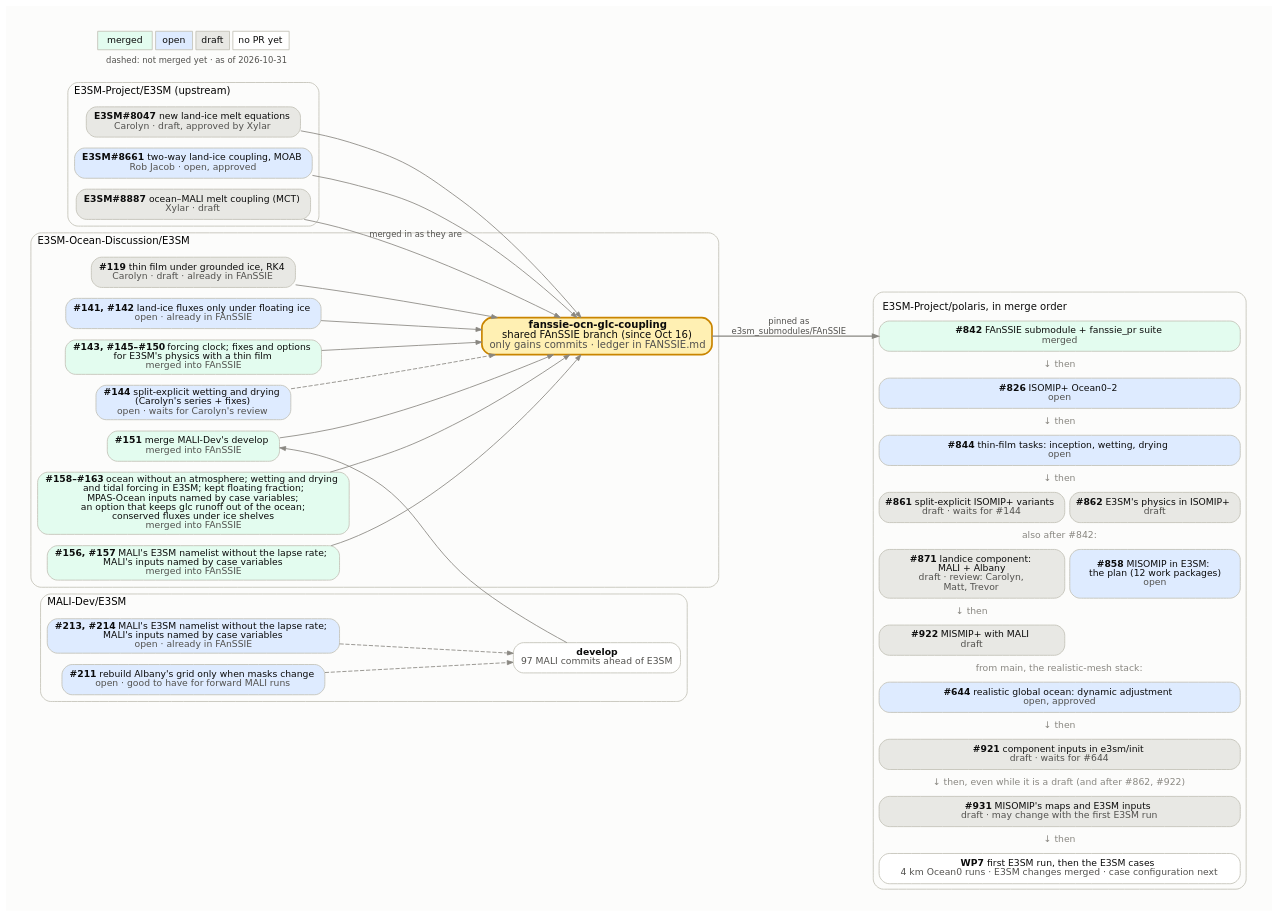
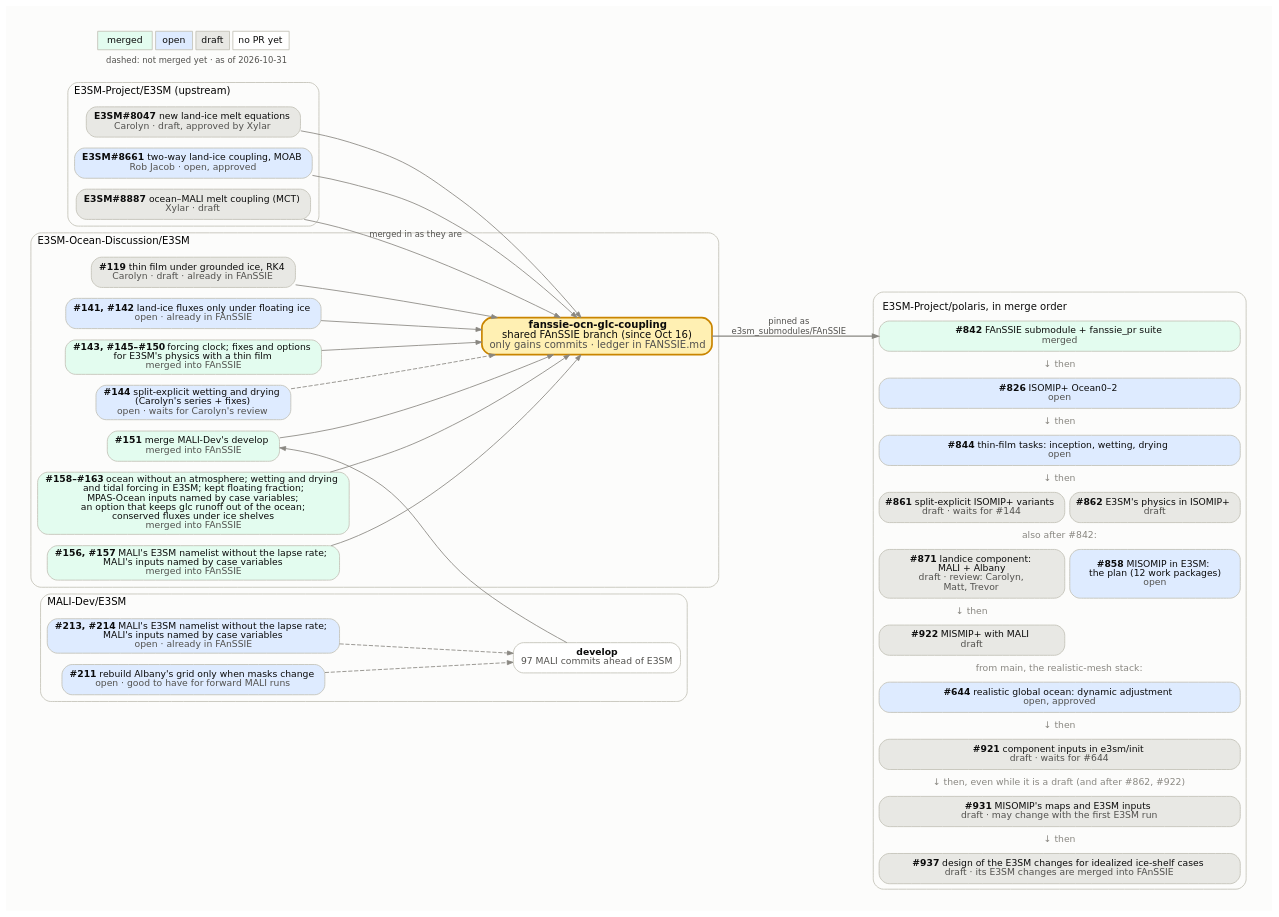
The diagram in docs/design_docs/misomip/code_flow.dot (E3SM-Project/polaris), drawn with Graphviz before and after one commit. The commit also changed 3 other files, not shown here.

Commit message:
Show the E3SM cases design pull request in the MISOMIP figures

```diff
--- a/docs/design_docs/misomip/code_flow.dot
+++ b/docs/design_docs/misomip/code_flow.dot
@@ -1,103 +1,103 @@
 // How the upstream E3SM PRs, the E3SM-Ocean-Discussion PRs, the
 // fanssie-ocn-glc-coupling branch and the Polaris PRs fit together.
 //
 // Regenerate with Graphviz 14 (Chrysalis's /usr/bin/dot 2.40 lays it out
 // wider), with the text drawn as paths so it looks the same everywhere:
 //
 //     pixi exec -s graphviz dot -Tsvg:cairo code_flow.dot -o code_flow.svg
 //
 // Fill by state: merged #e3fcef, open #deebff, draft #e8e8e4, no PR yet
 // #ffffff. Dashed edges into the FAnSSIE branch mark PRs not merged into it
 // yet. The Polaris side is one HTML-table node, in merge order, because
 // Graphviz would not keep separate boxes in that order. Update the date in
 // the legend.
 digraph fanssie {
   rankdir=LR;
   bgcolor="#fcfcfb";
   pad=0.3;
   nodesep=0.18;
   ranksep=0.7;
   fontname="DejaVu Sans";
   node [shape=box, style="rounded,filled", fontname="DejaVu Sans",
         fontsize=11, color="#c3c2b7", fontcolor="#0b0b0b", penwidth=1,
         margin="0.12,0.06"];
   edge [color="#898781", arrowsize=0.7, fontname="DejaVu Sans",
         fontsize=10, fontcolor="#52514e"];
 
   subgraph cluster_upstream {
     label="E3SM-Project/E3SM (upstream)";
     labeljust=l; fontsize=12; color="#c3c2b7"; style="rounded";
     e8047 [label=<<b>E3SM#8047</b>  new land-ice melt equations<br/><font color="#52514e">Carolyn · draft, approved by Xylar</font>>, fillcolor="#e8e8e4"];
     e8661 [label=<<b>E3SM#8661</b>  two-way land-ice coupling, MOAB<br/><font color="#52514e">Rob Jacob · open, approved</font>>, fillcolor="#deebff"];
     e8887 [label=<<b>E3SM#8887</b>  ocean–MALI melt coupling (MCT)<br/><font color="#52514e">Xylar · draft</font>>, fillcolor="#e8e8e4"];
   }
 
   subgraph cluster_malidev {
     label="MALI-Dev/E3SM";
     labeljust=l; fontsize=12; color="#c3c2b7"; style="rounded";
     malidev [label=<<b>develop</b><br/><font color="#52514e">97 MALI commits ahead of E3SM</font>>, fillcolor="#ffffff"];
     m213 [label=<<b>#213, #214</b>  MALI's E3SM namelist without the lapse rate;<br/>MALI's inputs named by case variables<br/><font color="#52514e">open · already in FAnSSIE</font>>, fillcolor="#deebff"];
     m211 [label=<<b>#211</b>  rebuild Albany's grid only when masks change<br/><font color="#52514e">open · good to have for forward MALI runs</font>>, fillcolor="#deebff"];
   }
 
   subgraph cluster_eod {
     label="E3SM-Ocean-Discussion/E3SM";
     labeljust=l; fontsize=12; color="#c3c2b7"; style="rounded";
     d119 [label=<<b>#119</b>  thin film under grounded ice, RK4<br/><font color="#52514e">Carolyn · draft · already in FAnSSIE</font>>, fillcolor="#e8e8e4"];
     d141 [label=<<b>#141, #142</b>  land-ice fluxes only under floating ice<br/><font color="#52514e">open · already in FAnSSIE</font>>, fillcolor="#deebff"];
     d143 [label=<<b>#143, #145–#150</b>  forcing clock; fixes and options<br/>for E3SM's physics with a thin film<br/><font color="#52514e">merged into FAnSSIE</font>>, fillcolor="#e3fcef"];
     d144 [label=<<b>#144</b>  split-explicit wetting and drying<br/>(Carolyn's series + fixes)<br/><font color="#52514e">open · waits for Carolyn's review</font>>, fillcolor="#deebff"];
     d151 [label=<<b>#151</b>  merge MALI-Dev's develop<br/><font color="#52514e">merged into FAnSSIE</font>>, fillcolor="#e3fcef"];
     d158 [label=<<b>#158–#163</b>  ocean without an atmosphere; wetting and drying<br/>and tidal forcing in E3SM; kept floating fraction;<br/>MPAS-Ocean inputs named by case variables;<br/>an option that keeps glc runoff out of the ocean;<br/>conserved fluxes under ice shelves<br/><font color="#52514e">merged into FAnSSIE</font>>, fillcolor="#e3fcef"];
     d156 [label=<<b>#156, #157</b>  MALI's E3SM namelist without the lapse rate;<br/>MALI's inputs named by case variables<br/><font color="#52514e">merged into FAnSSIE</font>>, fillcolor="#e3fcef"];
     fanssie [label=<<b>fanssie-ocn-glc-coupling</b><br/>shared FAnSSIE branch (since Oct 16)<br/><font color="#52514e">only gains commits · ledger in FANSSIE.md</font>>,
              fillcolor="#fff0b3", penwidth=2, color="#c98500", fontsize=12];
   }
 
   polaris [shape=plaintext, style="", label=<
     <table border="1" color="#c3c2b7" style="rounded" cellborder="1" cellspacing="6" cellpadding="4" bgcolor="#fcfcfb">
       <tr><td border="0" colspan="2" align="left"><font point-size="12">E3SM-Project/polaris, in merge order</font></td></tr>
       <tr><td port="p842" bgcolor="#e3fcef" colspan="2" style="rounded" cellpadding="6"><b>#842</b>  FAnSSIE submodule + fanssie_pr suite<br/><font color="#52514e">merged</font></td></tr>
       <tr><td border="0" colspan="2"><font color="#898781">↓ then</font></td></tr>
       <tr><td port="p826" bgcolor="#deebff" colspan="2" style="rounded" cellpadding="6"><b>#826</b>  ISOMIP+ Ocean0–2<br/><font color="#52514e">open</font></td></tr>
       <tr><td border="0" colspan="2"><font color="#898781">↓ then</font></td></tr>
       <tr><td port="p844" bgcolor="#deebff" colspan="2" style="rounded" cellpadding="6"><b>#844</b>  thin-film tasks: inception, wetting, drying<br/><font color="#52514e">open</font></td></tr>
       <tr><td border="0" colspan="2"><font color="#898781">↓ then</font></td></tr>
       <tr><td port="p861" bgcolor="#e8e8e4" colspan="1" style="rounded" cellpadding="6"><b>#861</b>  split-explicit ISOMIP+ variants<br/><font color="#52514e">draft · waits for #144</font></td><td port="p862" bgcolor="#e8e8e4" colspan="1" style="rounded" cellpadding="6"><b>#862</b>  E3SM's physics in ISOMIP+<br/><font color="#52514e">draft</font></td></tr>
       <tr><td border="0" colspan="2"><font color="#898781">also after #842:</font></td></tr>
       <tr><td port="p871" bgcolor="#e8e8e4" colspan="1" style="rounded" cellpadding="6"><b>#871</b>  landice component:<br/>MALI + Albany<br/><font color="#52514e">draft · review: Carolyn,<br/>Matt, Trevor</font></td><td port="p858" bgcolor="#deebff" colspan="1" style="rounded" cellpadding="6"><b>#858</b>  MISOMIP in E3SM:<br/>the plan (12 work packages)<br/><font color="#52514e">open</font></td></tr>
       <tr><td border="0" colspan="1"><font color="#898781">↓ then</font></td><td border="0" colspan="1"></td></tr>
       <tr><td port="p922" bgcolor="#e8e8e4" colspan="1" style="rounded" cellpadding="6"><b>#922</b>  MISMIP+ with MALI<br/><font color="#52514e">draft</font></td><td border="0" colspan="1"></td></tr>
       <tr><td border="0" colspan="2"><font color="#898781">from main, the realistic-mesh stack:</font></td></tr>
       <tr><td port="p644" bgcolor="#deebff" colspan="2" style="rounded" cellpadding="6"><b>#644</b>  realistic global ocean: dynamic adjustment<br/><font color="#52514e">open, approved</font></td></tr>
       <tr><td border="0" colspan="2"><font color="#898781">↓ then</font></td></tr>
       <tr><td port="p921" bgcolor="#e8e8e4" colspan="2" style="rounded" cellpadding="6"><b>#921</b>  component inputs in e3sm/init<br/><font color="#52514e">draft · waits for #644</font></td></tr>
       <tr><td border="0" colspan="2"><font color="#898781">↓ then, even while it is a draft (and after #862, #922)</font></td></tr>
       <tr><td port="pwp56" bgcolor="#e8e8e4" colspan="2" style="rounded" cellpadding="6"><b>#931</b>  MISOMIP's maps and E3SM inputs<br/><font color="#52514e">draft · may change with the first E3SM run</font></td></tr>
       <tr><td border="0" colspan="2"><font color="#898781">↓ then</font></td></tr>
-      <tr><td port="pwp7" bgcolor="#ffffff" colspan="2" style="rounded" cellpadding="6"><b>WP7</b>  first E3SM run, then the E3SM cases<br/><font color="#52514e">4 km Ocean0 runs · E3SM changes merged · case configuration next</font></td></tr>
+      <tr><td port="pwp7" bgcolor="#e8e8e4" colspan="2" style="rounded" cellpadding="6"><b>#937</b>  design of the E3SM changes for idealized ice-shelf cases<br/><font color="#52514e">draft · its E3SM changes are merged into FAnSSIE</font></td></tr>
     </table>>];
 
   e8047 -> fanssie;
   e8661 -> fanssie;
   e8887 -> fanssie [label="merged in as they are"];
   d119 -> fanssie;
   d141 -> fanssie;
   d143 -> fanssie;
   d144 -> fanssie [style=dashed];
   m211 -> malidev [style=dashed];
   m213 -> malidev [style=dashed];
   d156 -> fanssie;
   d158 -> fanssie;
   malidev -> d151 [constraint=false];
   d151 -> fanssie;
 
   fanssie -> polaris:p842 [label="pinned as
 e3sm_submodules/FAnSSIE", penwidth=1.5];
 
   legend [shape=plaintext, style="", label=<
     <table border="0" cellborder="1" cellspacing="4" cellpadding="4" color="#c3c2b7">
       <tr><td bgcolor="#e3fcef">merged</td><td bgcolor="#deebff">open</td><td bgcolor="#e8e8e4">draft</td><td bgcolor="#ffffff">no PR yet</td></tr>
       <tr><td colspan="4" border="0"><font point-size="10" color="#52514e">dashed: not merged yet · as of 2026-10-31</font></td></tr>
     </table>>];
 }
```
